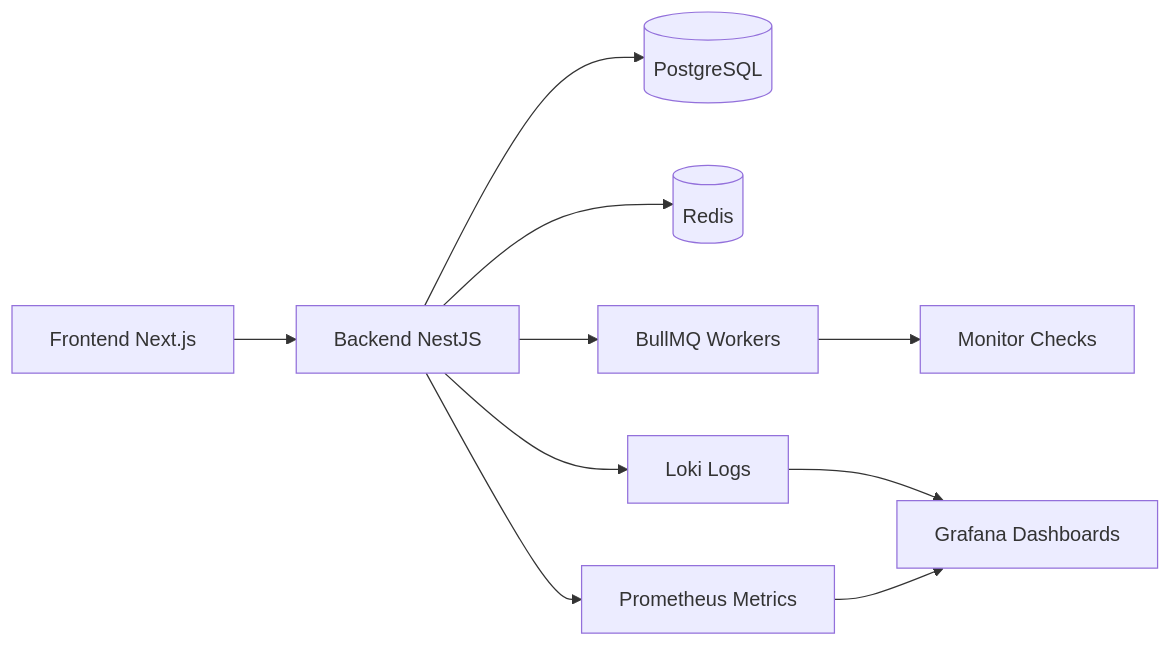
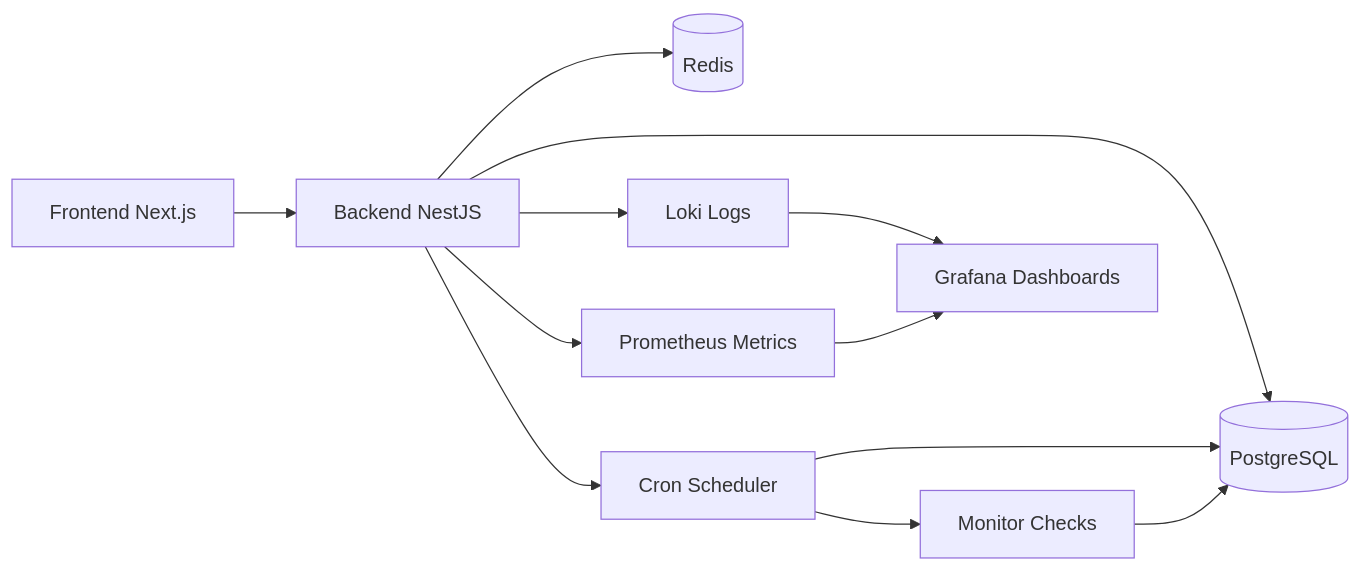
One commit to snowdelion/live-wave changed the diagram in README.md. Above: the diagram before and after it, drawn with Mermaid. The commit also changed other lines of this file and 1 other file, not shown here.

First line of the commit message:
docs: align READMEs with new Cron + p-limit architecture (#118)

````diff
--- a/README.md
+++ b/README.md
@@ -32,11 +32,13 @@
 ```mermaid
 graph LR
     A[Frontend Next.js] --> B[Backend NestJS]
     B --> C[(PostgreSQL)]
     B --> D[(Redis)]
-    B --> E[BullMQ Workers]
+    B --> E[Cron Scheduler]
+    E --> C
     E --> F[Monitor Checks]
+    F --> C
     B --> G[Loki Logs]
     B --> H[Prometheus Metrics]
     G & H --> I[Grafana Dashboards]
 ```
````
